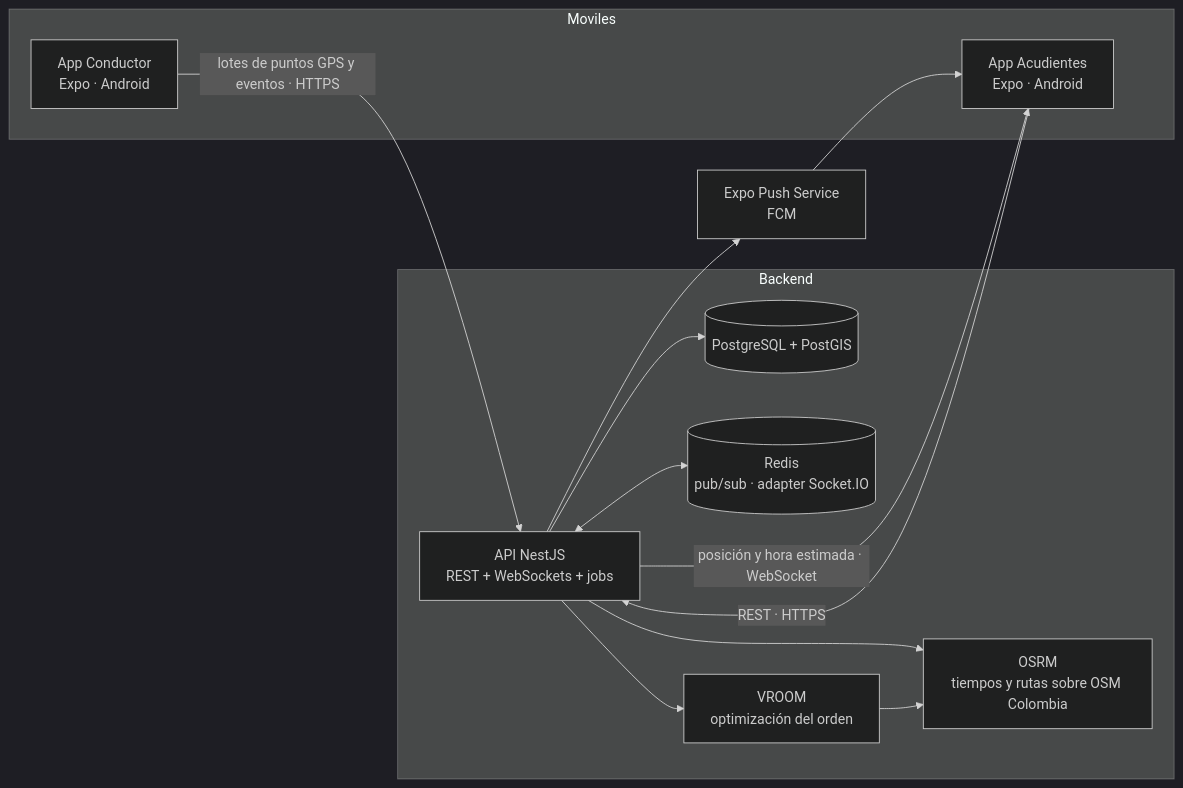
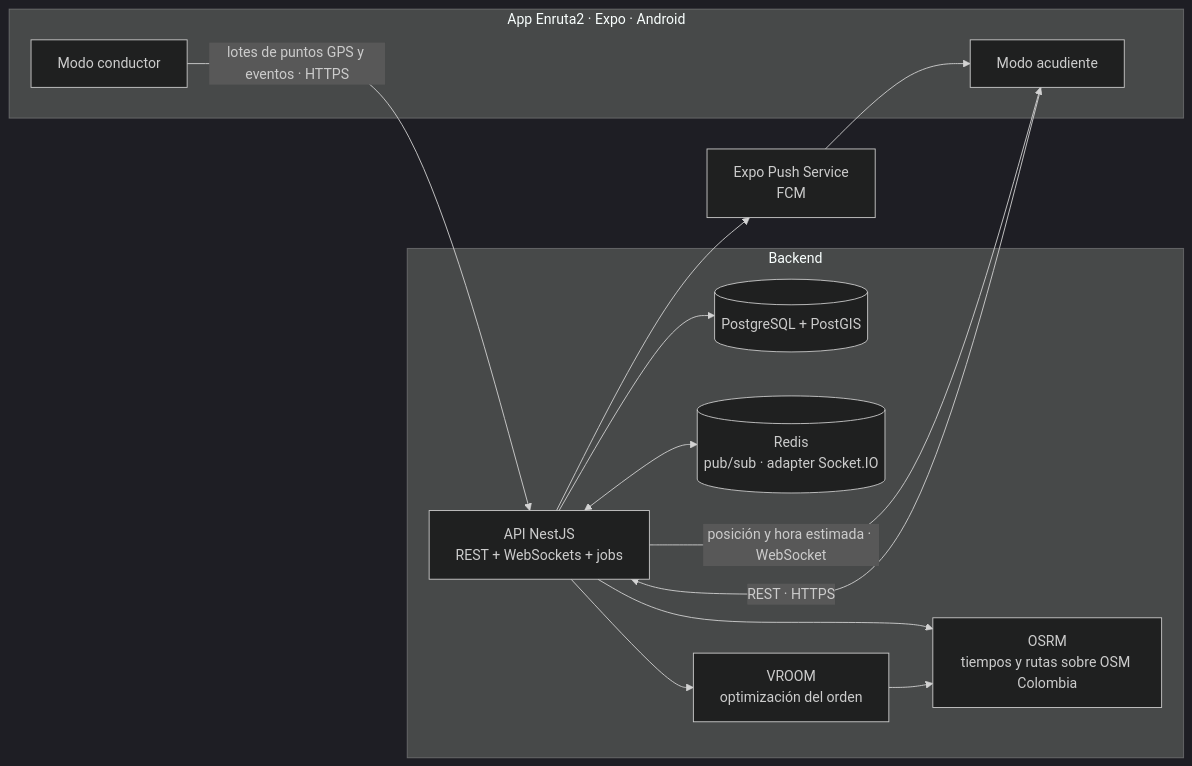
Before and after one commit to TomasPosada0626/Enruta2: the diagram in docs/SPEC.md, drawn with Mermaid (dark theme). The commit also changed other lines of this file and 6 other files, not shown here.

````diff
--- a/docs/SPEC.md
+++ b/docs/SPEC.md
@@ -306,28 +306,28 @@
 ```mermaid
 flowchart LR
-  subgraph Moviles
-    D[App Conductor<br/>Expo · Android]
-    G[App Acudientes<br/>Expo · Android]
+  subgraph Moviles["App Enruta2 · Expo · Android"]
+    D[Modo conductor]
+    G[Modo acudiente]
   end
 
   subgraph Backend
     API[API NestJS<br/>REST + WebSockets + jobs]
     PG[(PostgreSQL + PostGIS)]
     R[(Redis<br/>pub/sub · adapter Socket.IO)]
     OSRM[OSRM<br/>tiempos y rutas sobre OSM Colombia]
     V[VROOM<br/>optimización del orden]
   end
 
   PUSH[Expo Push Service<br/>FCM]
 
   D -->|"lotes de puntos GPS y eventos · HTTPS"| API
   G -->|"REST · HTTPS"| API
   API -->|"posición y hora estimada · WebSocket"| G
   API --> PG
   API <--> R
   API --> OSRM
   API --> V
   V --> OSRM
   API --> PUSH
   PUSH --> G
 ```
````
